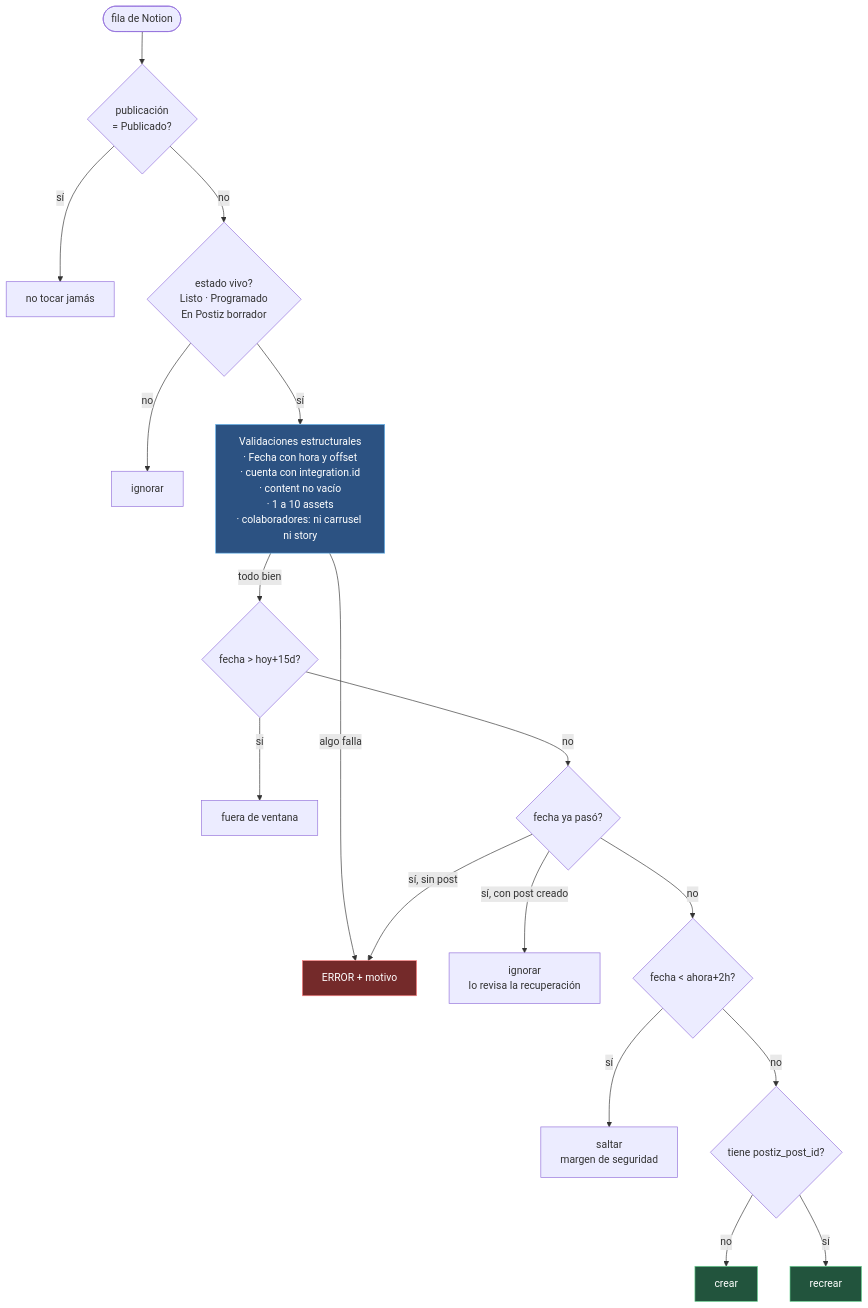
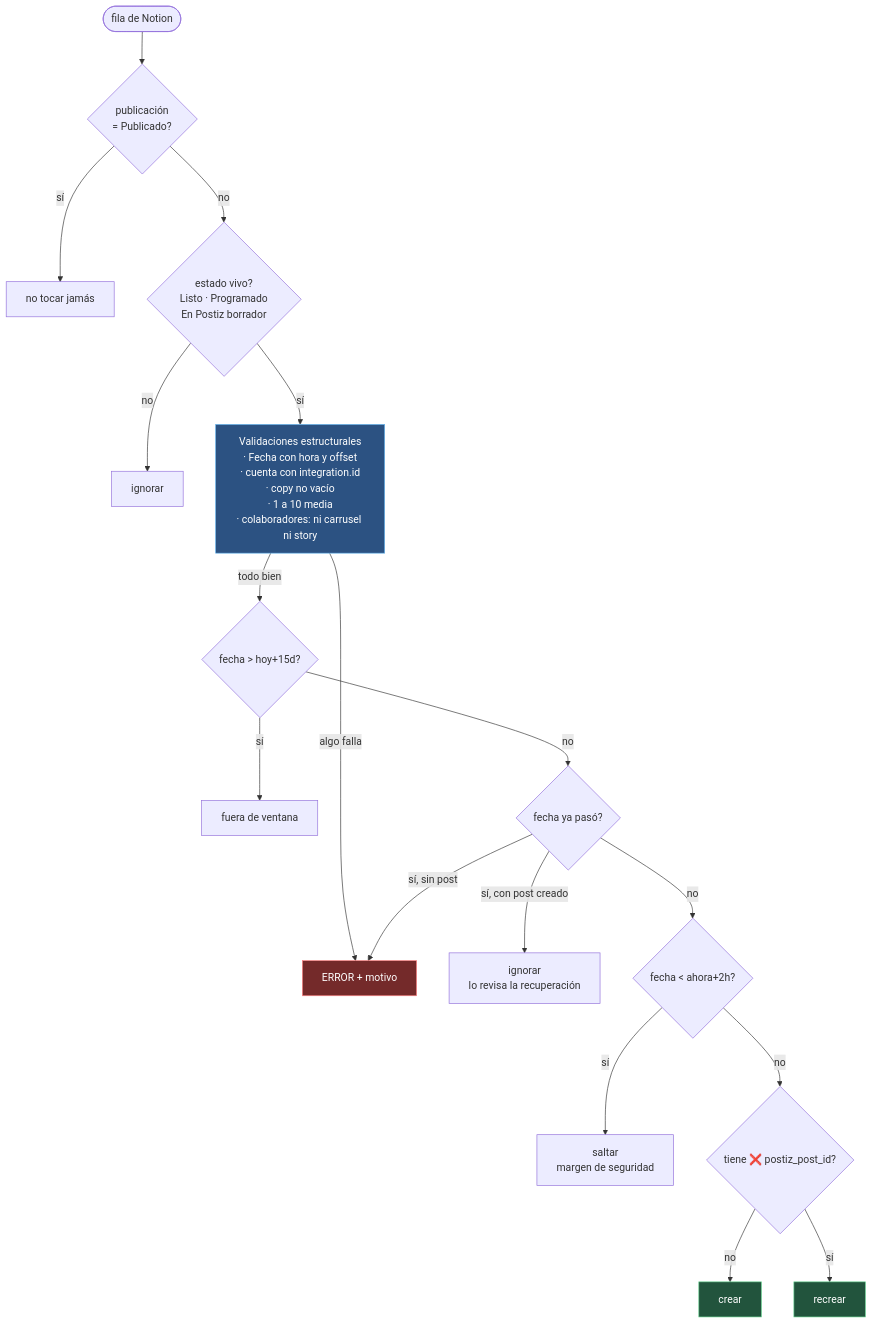
The third of 11 diagrams in docs/architecture/CONTENT_PIPELINE_DIAGRAMS.md (dustin-calderon/postiz-app), drawn with Mermaid before and after one commit. The commit also changed other lines of this file and 2 other files, not shown here.

````diff
--- a/docs/architecture/CONTENT_PIPELINE_DIAGRAMS.md
+++ b/docs/architecture/CONTENT_PIPELINE_DIAGRAMS.md
@@ -104,26 +104,26 @@
 ```mermaid
 flowchart TD
     START(["fila de Notion"]) --> P1{"publicación<br/>= Publicado?"}
     P1 -->|sí| NT["no tocar jamás"]
     P1 -->|no| P2{"estado vivo?<br/>Listo · Programado<br/>En Postiz borrador"}
     P2 -->|no| IG1["ignorar"]
 
-    P2 -->|sí| V["Validaciones estructurales<br/>· Fecha con hora y offset<br/>· cuenta con integration.id<br/>· content no vacío<br/>· 1 a 10 assets<br/>· colaboradores: ni carrusel ni story"]
+    P2 -->|sí| V["Validaciones estructurales<br/>· Fecha con hora y offset<br/>· cuenta con integration.id<br/>· copy no vacío<br/>· 1 a 10 media<br/>· colaboradores: ni carrusel ni story"]
     V -->|"algo falla"| ERR["ERROR + motivo"]
 
     V -->|"todo bien"| W{"fecha > hoy+15d?"}
     W -->|sí| FV["fuera de ventana"]
     W -->|no| PA{"fecha ya pasó?"}
     PA -->|"sí, con post creado"| REC["ignorar<br/>lo revisa la recuperación"]
     PA -->|"sí, sin post"| ERR
     PA -->|no| M{"fecha < ahora+2h?"}
     M -->|sí| SALT["saltar<br/>margen de seguridad"]
-    M -->|no| CR{"tiene postiz_post_id?"}
+    M -->|no| CR{"tiene ❌ postiz_post_id?"}
     CR -->|no| CREAR["crear"]
     CR -->|sí| RECREAR["recrear"]
 
     style V fill:#2c5282,stroke:#63b3ed,color:#fff
     style ERR fill:#742a2a,stroke:#fc8181,color:#fff
     style CREAR fill:#22543d,stroke:#68d391,color:#fff
     style RECREAR fill:#22543d,stroke:#68d391,color:#fff
 ```
````
